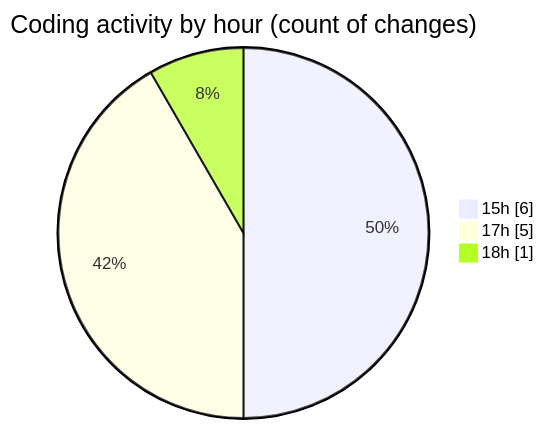
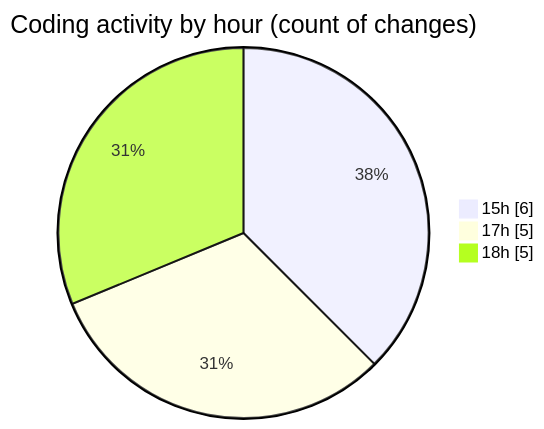
Before and after one commit to nxtqubesakshisongat/code-tracking: the second of 2 diagrams in 2026-05-08/nxtqube_webapp/README.md, drawn with Mermaid. The commit also changed other lines of this file and 1 other file, not shown here.

````diff
--- a/2026-05-08/nxtqube_webapp/README.md
+++ b/2026-05-08/nxtqube_webapp/README.md
@@ -28,7 +28,7 @@
 ```mermaid
 pie showData
 title Coding activity by hour (count of changes)
 "15h" : 6
 "17h" : 5
-"18h" : 1
+"18h" : 5
 ```
````
